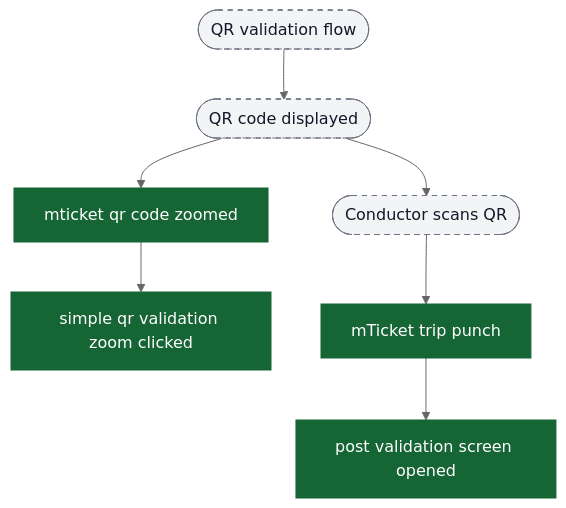
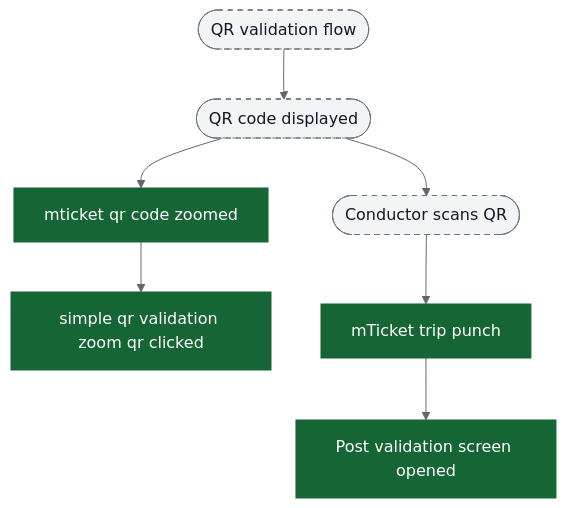
One commit to ratulsarna/chalo-app-dashboard changed the tenth of 16 diagrams in content/analytics/mticket/flow-diagrams.md. Above: the diagram before and after it, drawn with Mermaid (neutral theme). The commit also changed other lines of this file and 2 other files, not shown here.

Commit message:
fix(analytics): update lastAudited dates and standardize event names in mTicket flow

````diff
--- a/content/analytics/mticket/flow-diagrams.md
+++ b/content/analytics/mticket/flow-diagrams.md
@@ -252,17 +252,17 @@
 ```mermaid
 flowchart TD
   ui_qrFlow([QR validation flow]) --> ui_showQr([QR code displayed])
   ui_showQr --> ev_qrZoomed["mticket qr code zoomed"]
-  ev_qrZoomed --> ev_simpleQrZoomClicked["simple qr validation zoom clicked"]
+  ev_qrZoomed --> ev_simpleQrZoomClicked["simple qr validation zoom qr clicked"]
 
   ui_showQr --> ui_conductorScan([Conductor scans QR])
   ui_conductorScan --> ev_tripPunch["mTicket trip punch"]
-  ev_tripPunch --> ev_postValidationOpen["post validation screen opened"]
+  ev_tripPunch --> ev_postValidationOpen["Post validation screen opened"]
 
   classDef event fill:#166534,stroke:#166534,color:#ffffff;
   classDef ui fill:#f3f4f6,stroke:#6b7280,stroke-dasharray: 5 5,color:#111827;
   classDef external fill:#ffffff,stroke:#6b7280,stroke-dasharray: 3 3,color:#111827;
 
   class ev_qrZoomed,ev_simpleQrZoomClicked,ev_tripPunch,ev_postValidationOpen event;
   class ui_qrFlow,ui_showQr,ui_conductorScan ui;
 ```
````
